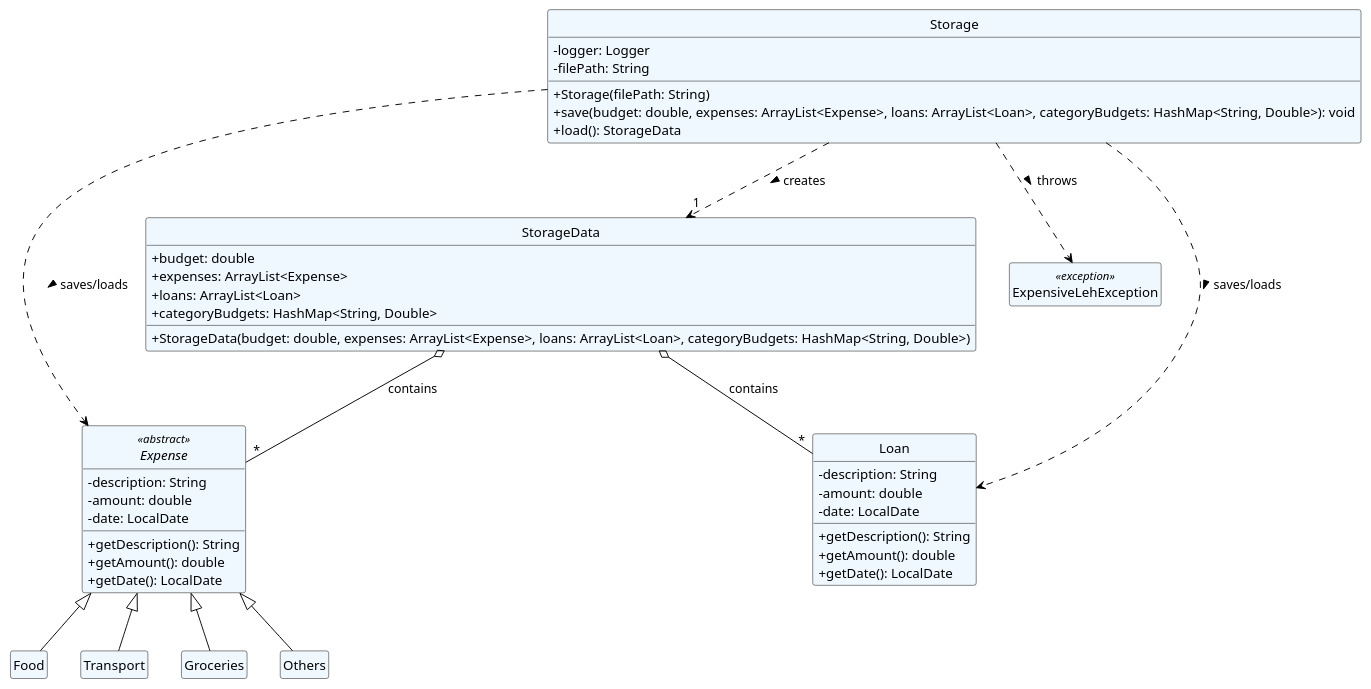
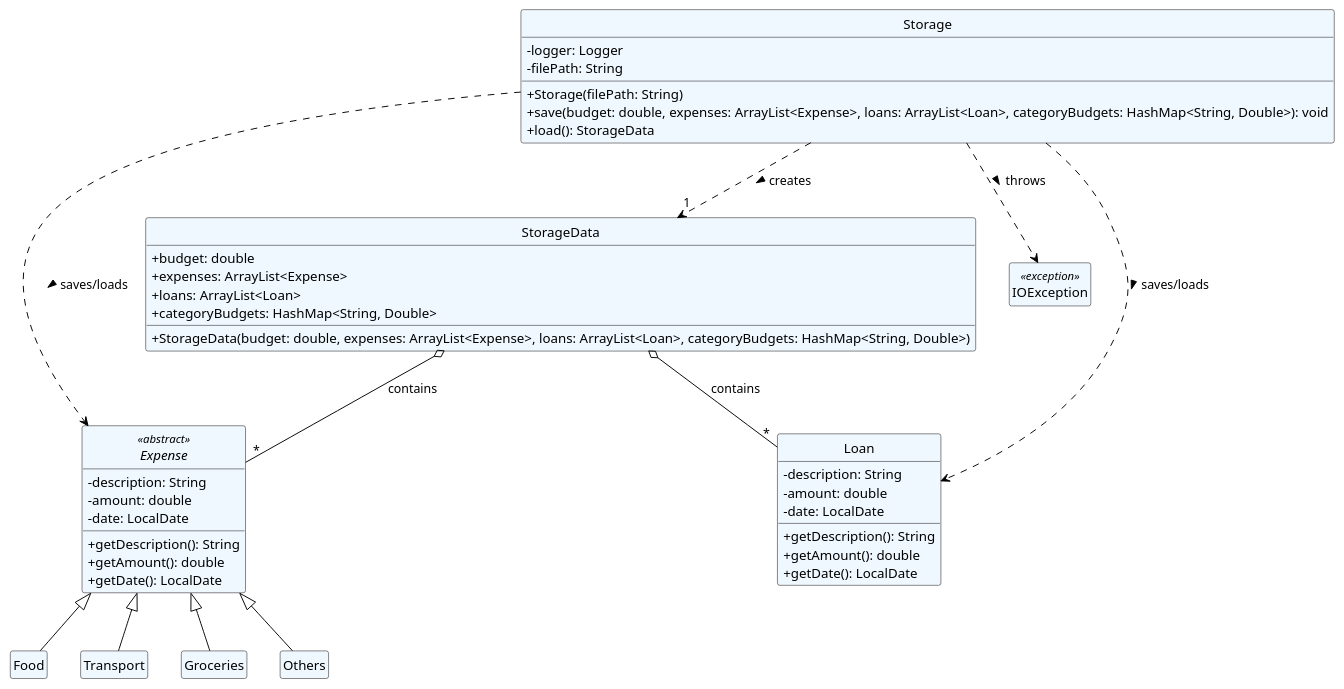
One commit to KanakornMek/tp changed the diagram in docs/Diagrams/Storage.puml. Above: the diagram before and after it, drawn with PlantUML. The commit also changed 3 other files, not shown here.

```diff
--- a/docs/Diagrams/Storage.puml
+++ b/docs/Diagrams/Storage.puml
@@ -1,62 +1,62 @@
 @startuml
 skinparam classAttributeIconSize 0
 hide circle
 hide empty members
 
 skinparam class {
     BackgroundColor AliceBlue
     ArrowColor Black
     BorderColor Black
 }
 
     class Storage {
         - logger: Logger
         - filePath: String
         + Storage(filePath: String)
         + save(budget: double, expenses: ArrayList<Expense>, loans: ArrayList<Loan>, categoryBudgets: HashMap<String, Double>): void
         + load(): StorageData
     }
 
     class StorageData {
         + budget: double
         + expenses: ArrayList<Expense>
         + loans: ArrayList<Loan>
         + categoryBudgets: HashMap<String, Double>
         + StorageData(budget: double, expenses: ArrayList<Expense>, loans: ArrayList<Loan>, categoryBudgets: HashMap<String, Double>)
     }
 
 
 
     abstract class Expense <<abstract>> {
         - description: String
         - amount: double
         - date: LocalDate
         + getDescription(): String
         + getAmount(): double
         + getDate(): LocalDate
     }
     class Food extends Expense
     class Transport extends Expense
     class Groceries extends Expense
     class Others extends Expense
-    class ExpensiveLehException <<exception>>
+    class IOException <<exception>>
 
 
     class Loan {
         - description: String
         - amount: double
         - date: LocalDate
         + getDescription(): String
         + getAmount(): double
         + getDate(): LocalDate
     }
 
 ' Relationships
 Storage ..> StorageData : creates > "1"
 Storage ..> Expense : saves/loads >
 Storage ..> Loan : saves/loads >
-Storage ..> ExpensiveLehException : throws >
+Storage ..> IOException : throws >
 StorageData o-- Expense : contains "*"
 StorageData o-- Loan : contains "*"
 
 @enduml
```
